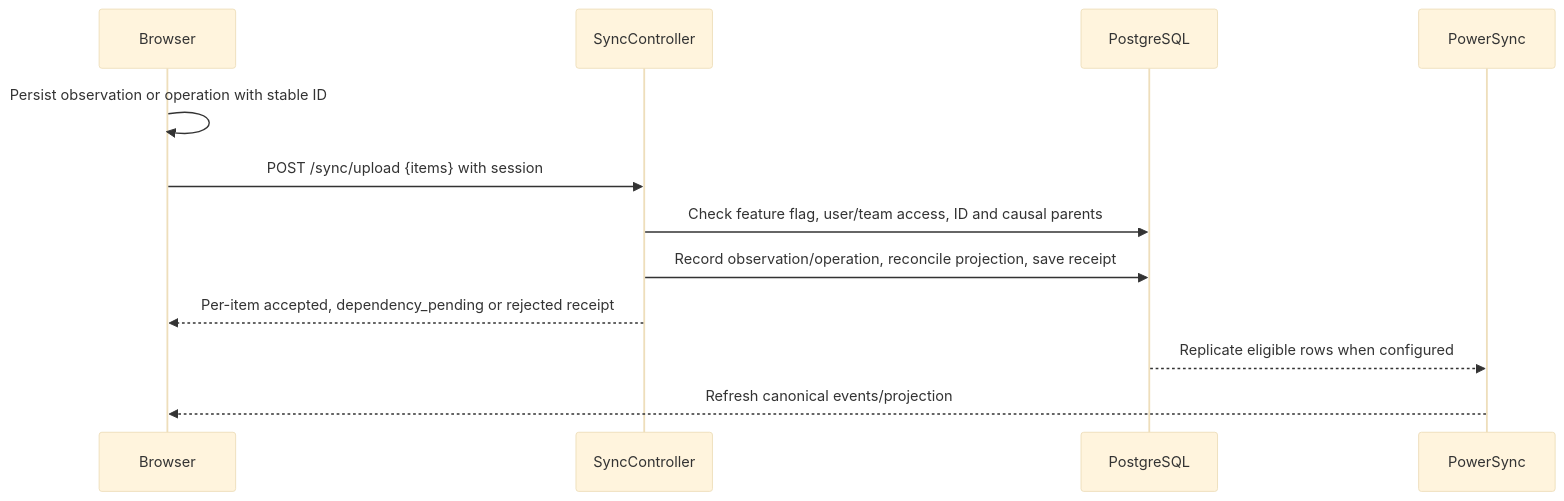
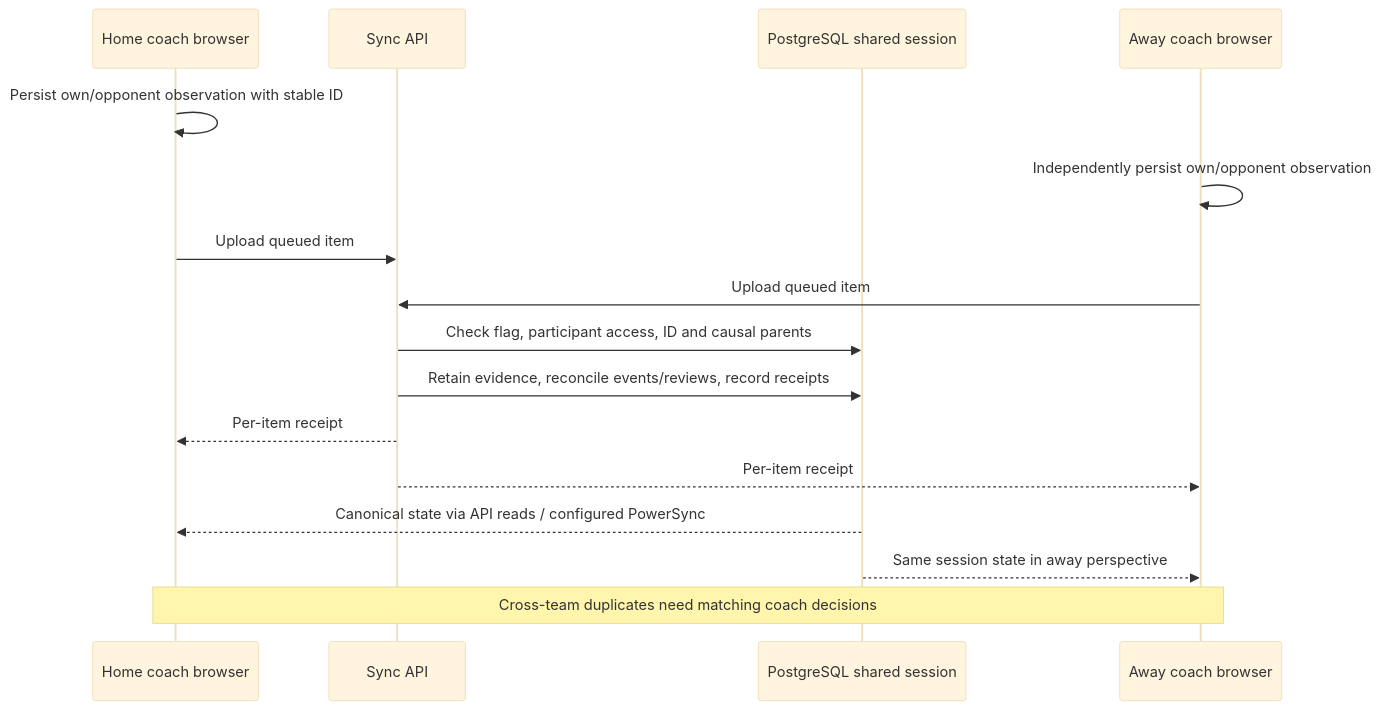
The diagram in docs/Architecture/offline-collaboration.md (nayan-m15/SDP-Project-Documentation), drawn with Mermaid (base theme) before and after one commit. The commit also changed other lines of this file, not shown here.

````diff
--- a/docs/Architecture/offline-collaboration.md
+++ b/docs/Architecture/offline-collaboration.md
@@ -19,14 +72,18 @@
 ```mermaid
 sequenceDiagram
-  participant Browser
-  participant API as SyncController
-  participant DB as PostgreSQL
-  participant PS as PowerSync
-  Browser->>Browser: Persist observation or operation with stable ID
-  Browser->>API: POST /sync/upload {items} with session
-  API->>DB: Check feature flag, user/team access, ID and causal parents
-  API->>DB: Record observation/operation, reconcile projection, save receipt
-  API-->>Browser: Per-item accepted, dependency_pending or rejected receipt
-  DB-->>PS: Replicate eligible rows when configured
-  PS-->>Browser: Refresh canonical events/projection
+  participant Home as Home coach browser
+  participant API as Sync API
+  participant DB as PostgreSQL shared session
+  participant Away as Away coach browser
+  Home->>Home: Persist own/opponent observation with stable ID
+  Away->>Away: Independently persist own/opponent observation
+  Home->>API: Upload queued item
+  Away->>API: Upload queued item
+  API->>DB: Check flag, participant access, ID and causal parents
+  API->>DB: Retain evidence, reconcile events/reviews, record receipts
+  API-->>Home: Per-item receipt
+  API-->>Away: Per-item receipt
+  DB-->>Home: Canonical state via API reads / configured PowerSync
+  DB-->>Away: Same session state in away perspective
+  Note over Home,Away: Cross-team duplicates need matching coach decisions
 ```
````
